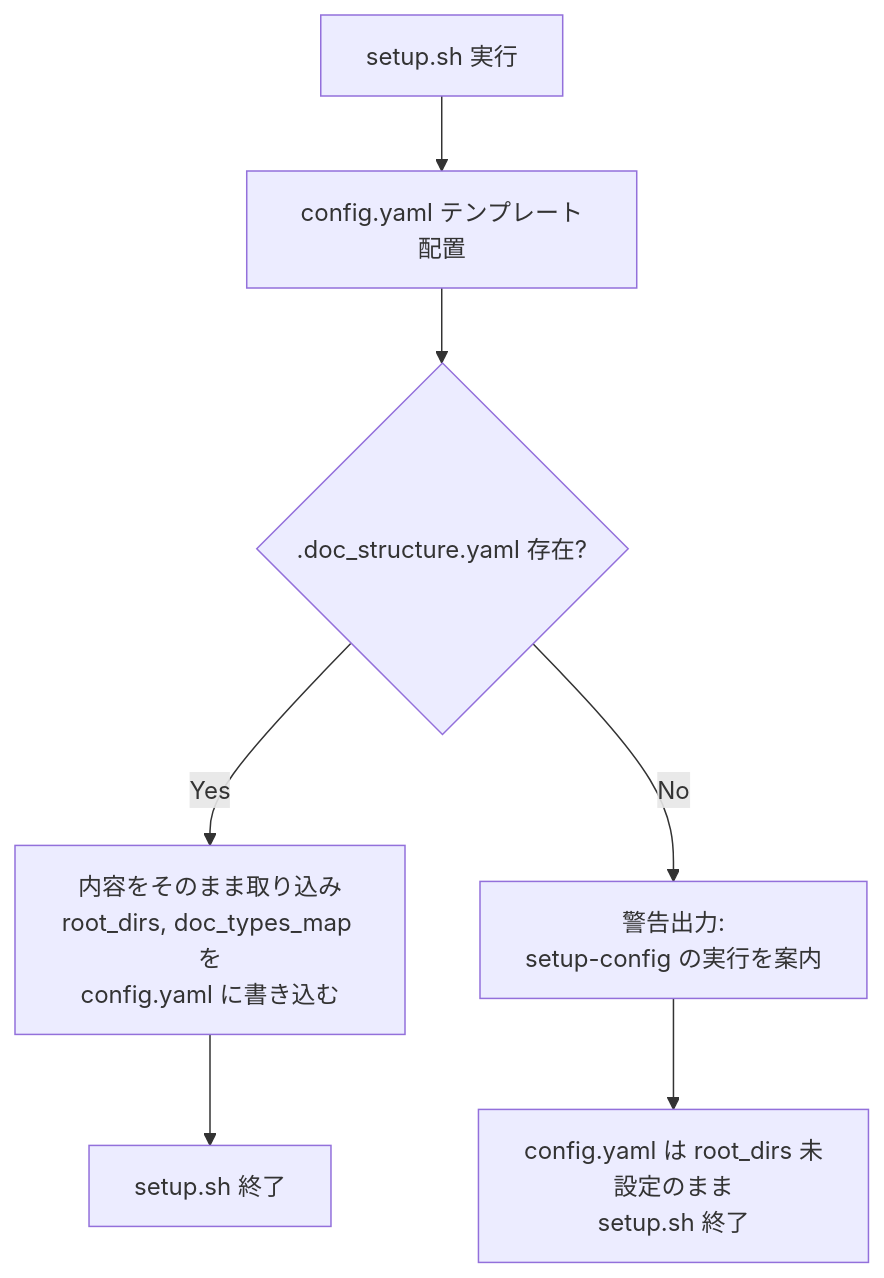
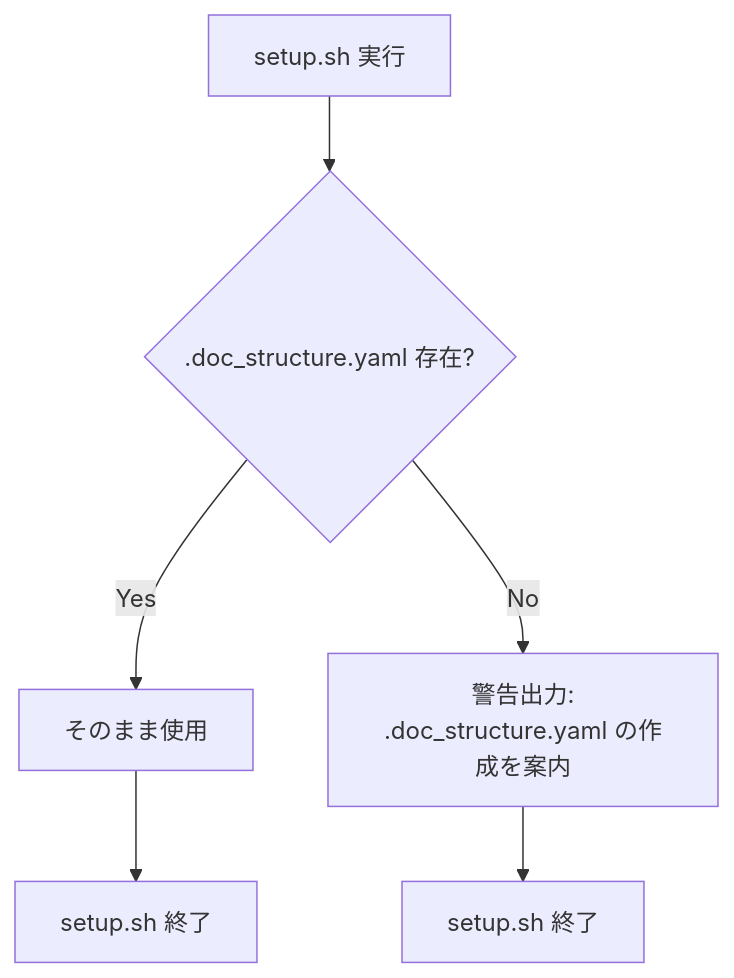
Before and after one commit to BlueEventHorizon/DocAdvisor-CC: the third of 10 diagrams in specs/design/DES-005_toc_generation_flow.md, drawn with Mermaid. The commit also changed other lines of this file and 24 other files, not shown here.

First line of the commit message:
refactor: abolish config.yaml, use .doc_structure.yaml + code defaults

````diff
--- a/specs/design/DES-005_toc_generation_flow.md
+++ b/specs/design/DES-005_toc_generation_flow.md
@@ -101,9 +101,8 @@
 ```mermaid
 flowchart TD
-    A[setup.sh 実行] --> B[config.yaml テンプレート配置]
-    B --> C{".doc_structure.yaml 存在?"}
-    C -->|Yes| D["内容をそのまま取り込み<br>root_dirs, doc_types_map を<br>config.yaml に書き込む"]
-    D --> E[setup.sh 終了]
-    C -->|No| F["警告出力:<br>setup-config の実行を案内"]
-    F --> G[config.yaml は root_dirs 未設定のまま<br>setup.sh 終了]
+    A[setup.sh 実行] --> B{".doc_structure.yaml 存在?"}
+    B -->|Yes| C[そのまま使用]
+    C --> D[setup.sh 終了]
+    B -->|No| E["警告出力:<br>.doc_structure.yaml の作成を案内"]
+    E --> F[setup.sh 終了]
 ```
````
